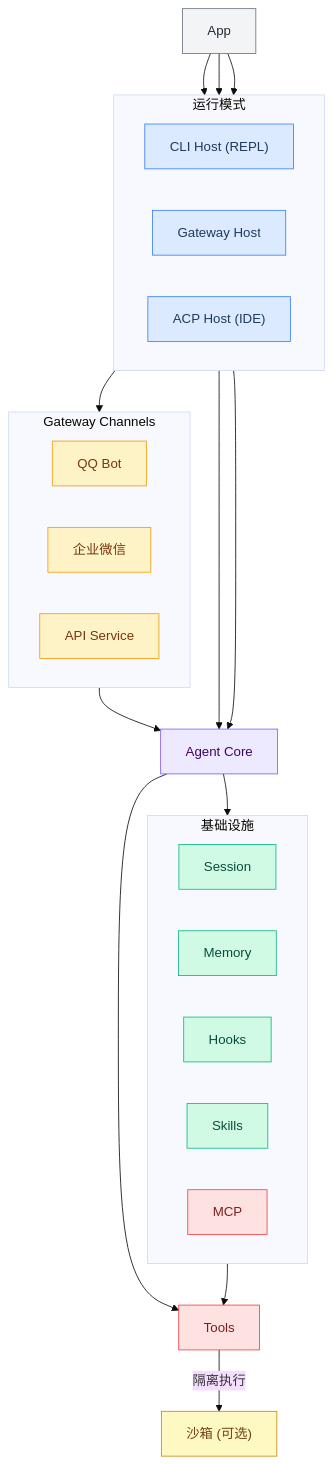
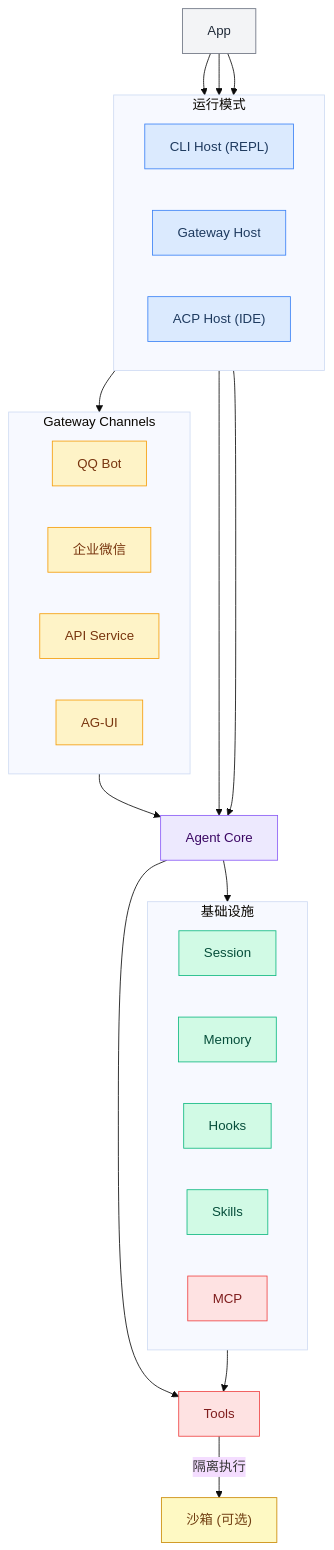
Before and after one commit to DotCraftDev/dotcraft: the diagram in README_ZH.md, drawn with Mermaid (base theme). The commit also changed other lines of this file and 5 other files, not shown here.

````diff
--- a/README_ZH.md
+++ b/README_ZH.md
@@ -38,76 +36,77 @@
 ```mermaid
 flowchart TB
     App["App"]
 
     subgraph hosts [运行模式]
         direction LR
         CliHost["CLI Host (REPL)"]
         GatewayHost["Gateway Host"]
         AcpHost["ACP Host (IDE)"]
     end
 
     subgraph modules [Gateway Channels]
         direction LR
         QQModule["QQ Bot"]
         WeComModule["企业微信"]
         ApiModule["API Service"]
+        AGUIModule["AG-UI"]
     end
 
     AgentCore["Agent Core"]
     Tools["Tools"]
     Sandbox["沙箱 (可选)"]
 
     subgraph infra [基础设施]
         direction LR
         Session["Session"]
         Memory["Memory"]
         Hooks["Hooks"]
         Skills["Skills"]
         MCP["MCP"]
     end
 
     App --> CliHost
     App --> GatewayHost
     App --> AcpHost
 
     CliHost --> AgentCore
     AcpHost --> AgentCore
     GatewayHost --> modules
     modules --> AgentCore
 
     AgentCore --> Tools
     AgentCore --> infra
     MCP --> Tools
     Tools -->|"隔离执行"| Sandbox
 
     classDef entryStyle fill:#f3f4f6,stroke:#6b7280,color:#1f2937
     classDef hostStyle fill:#dbeafe,stroke:#3b82f6,color:#1e3a5f
     classDef moduleStyle fill:#fef3c7,stroke:#f59e0b,color:#78350f
     classDef coreStyle fill:#ede9fe,stroke:#8b5cf6,color:#3b0764
     classDef toolStyle fill:#fee2e2,stroke:#ef4444,color:#7f1d1d
     classDef infraStyle fill:#d1fae5,stroke:#10b981,color:#064e3b
     classDef sandboxStyle fill:#fef9c3,stroke:#ca8a04,color:#713f12
 
     class App entryStyle
     class CliHost,GatewayHost,AcpHost hostStyle
-    class QQModule,WeComModule,ApiModule moduleStyle
+    class QQModule,WeComModule,ApiModule,AGUIModule moduleStyle
     class AgentCore coreStyle
     class Tools toolStyle
     class Session,Memory,Hooks,Skills,Config infraStyle
     class Sandbox sandboxStyle
 
     classDef hostStyle fill:#dbeafe,stroke:#3b82f6,color:#1e3a5f
     classDef moduleStyle fill:#fef3c7,stroke:#f59e0b,color:#78350f
     classDef coreStyle fill:#ede9fe,stroke:#8b5cf6,color:#3b0764
     classDef toolStyle fill:#fee2e2,stroke:#ef4444,color:#7f1d1d
     classDef infraStyle fill:#d1fae5,stroke:#10b981,color:#064e3b
     classDef sandboxStyle fill:#fef9c3,stroke:#ca8a04,color:#713f12
 
     class Program,HostBuilder entryStyle
     class CliHost,GatewayHost,AcpHost hostStyle
     class QQModule,WeComModule,ApiModule,AcpModule moduleStyle
     class AgentFactory,AgentRunner,SessionGate,MessageRouter coreStyle
     class CoreTools,SubAgent,MCP,ChannelTools toolStyle
     class SessionStore,MemoryStore,Hooks,Skills,Config infraStyle
     class OpenSandbox sandboxStyle
 ```
````
